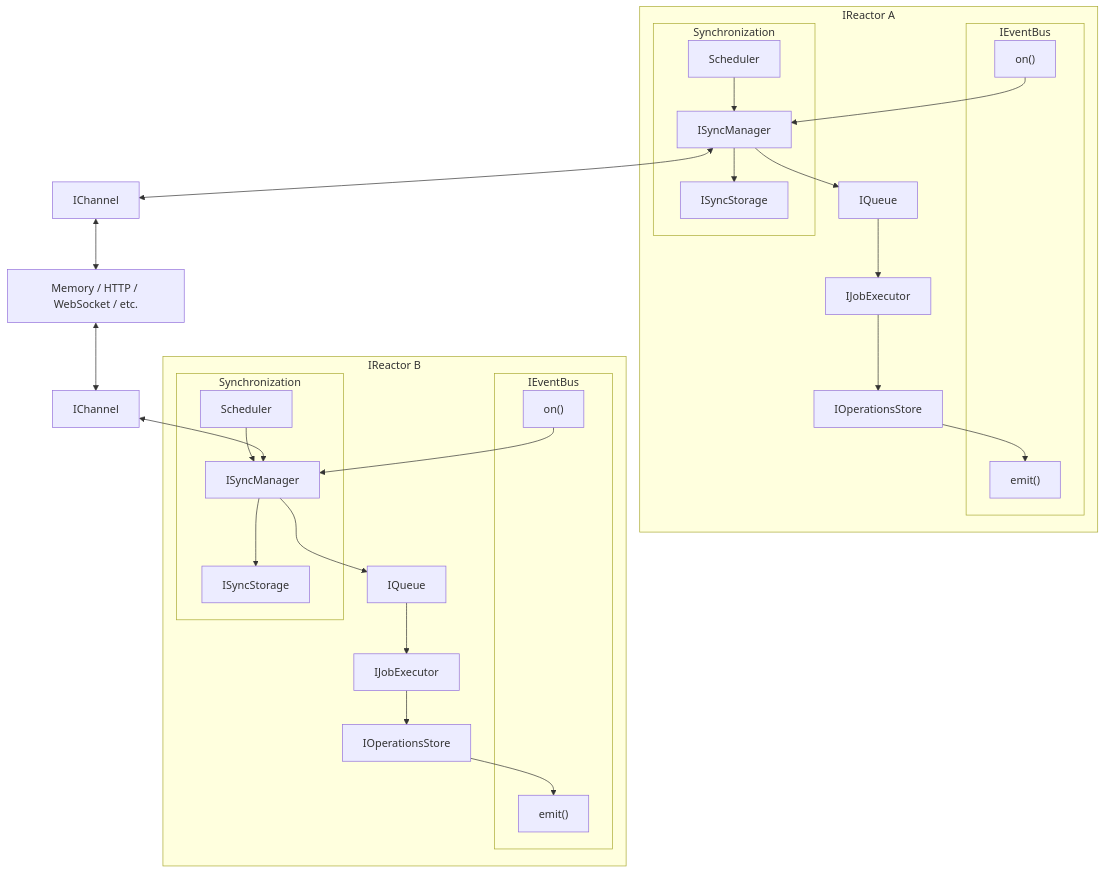
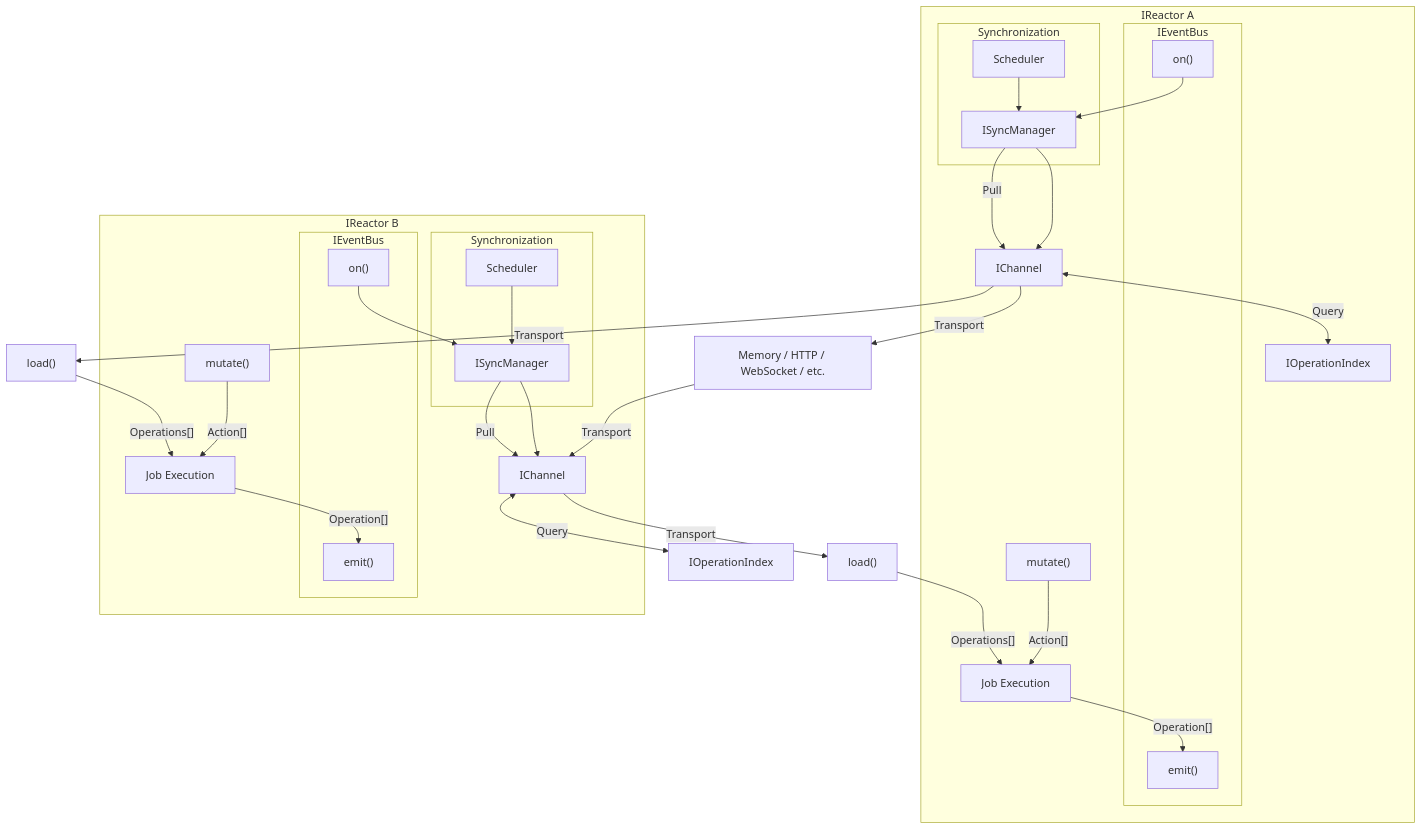
One commit to powerhouse-inc/powerhouse changed the third of 4 diagrams in packages/reactor/docs/planning/Synchronization/index.md. Above: the diagram before and after it, drawn with Mermaid. The commit also changed other lines of this file and 2 other files, not shown here.

````diff
--- a/packages/reactor/docs/planning/Synchronization/index.md
+++ b/packages/reactor/docs/planning/Synchronization/index.md
@@ -86,46 +73,52 @@
 ```mermaid
 graph
     %% === Reactor A ===
     subgraph "IReactor A"
-        AQueue["IQueue"] --> AJobs["IJobExecutor"] --> AOS["IOperationsStore"]
-        AOS --> APub
+        AMutate["mutate()"] -->|"Action[]"| AJE["Job Execution"] -->|"Operation[]"| APub
 
         subgraph AEventBus["IEventBus"]
             APub["emit()"]
             ASub["on()"]
         end
 
         subgraph ASyncManager["Synchronization"]
             AScheduler["Scheduler"] --> ASync["ISyncManager"]
-            ASync --> ASyncStore["ISyncStorage"]
         end
 
         ASub --> ASync
-        ASync --> AQueue
+        ASync --> AIChannel["IChannel"]
+        AIChannel <-->|"Query"| AOI["IOperationIndex"]
     end
 
     %% Network
-    ASync <--> AIChannel["IChannel"]
-    AIChannel <--> Transport["Memory / HTTP / WebSocket / etc."]
-    Transport <--> BAIChannel["IChannel"]
-    BAIChannel <--> BSync
+    AIChannel -->|"Transport"| Transport["Memory / HTTP / WebSocket / etc."]
+    Transport -->|"Transport"| BIChannel["IChannel"]
+    BIChannel <-->|"Query"| BOI["IOperationIndex"]
 
     %% === Reactor B ===
     subgraph "IReactor B"
-        BQueue["IQueue"] --> BJobs["IJobExecutor"] --> BOS["IOperationsStore"]
-        BOS --> BPub
+        BMutate["mutate()"] -->|"Action[]"| BJE["Job Execution"] -->|"Operation[]"| BPub
 
         subgraph BEventBus["IEventBus"]
             BPub["emit()"]
             BSub["on()"]
         end
 
         subgraph BSyncManager["Synchronization"]
             BScheduler["Scheduler"] --> BSync["ISyncManager"]
-            BSync --> BSyncStore["ISyncStorage"]
         end
 
         BSub --> BSync
-        BSync --> BQueue
+        BSync --> BIChannel
     end
+
+    %% Push flows (A -> B)
+    AIChannel -->|"Transport"| BLoad["load()"] -->|"Operations[]"| BJE
+
+    %% Push flows (B -> A)
+    BIChannel -->|"Transport"| ALoad["load()"] -->|"Operations[]"| AJE
+
+    %% Pull flows
+    ASync -->|"Pull"| AIChannel
+    BSync -->|"Pull"| BIChannel
 ```
````
